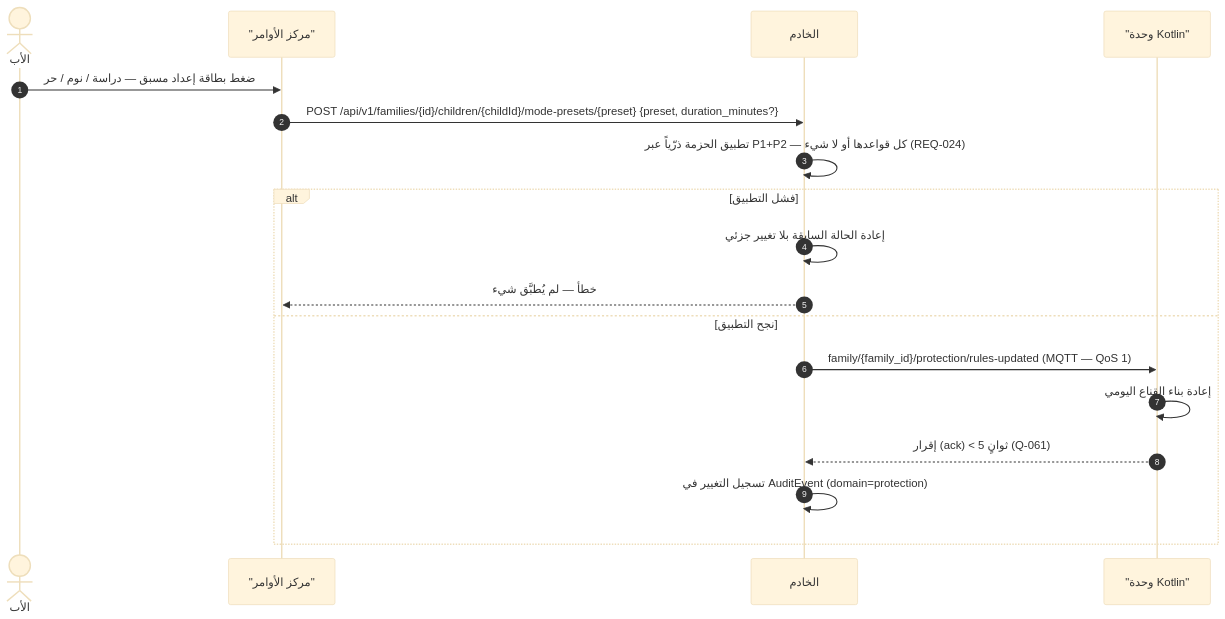
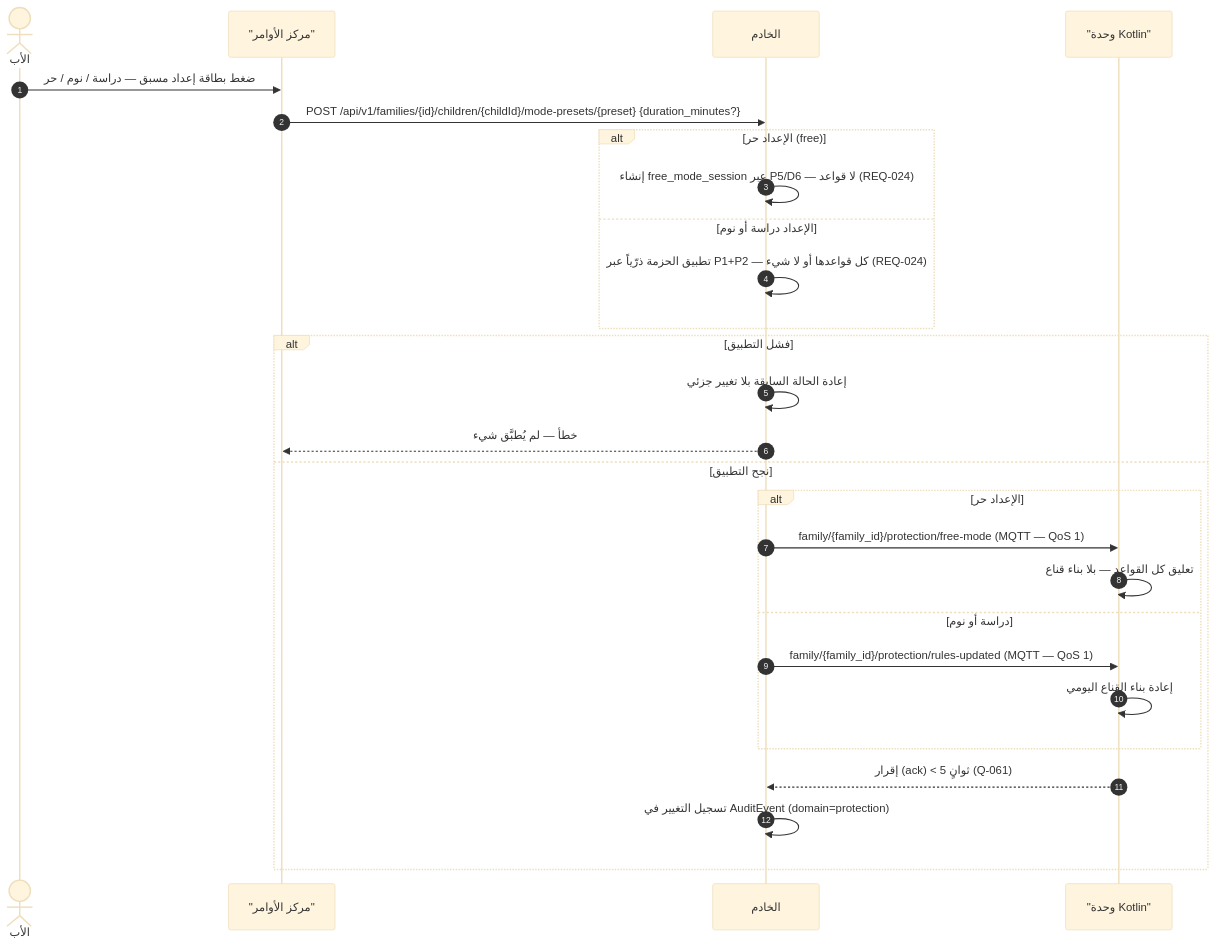
One commit to Bassam-mohammed-alqaeadi/family-os-v2 changed diagram 11 of 14 in docs/family-os/governance/phases/phase-1/S1-10-protection-and-enforcement/DIAGRAMS.md. Above: the diagram before and after it, drawn with Mermaid (base theme). The commit also changed other lines of this file and 3 other files, not shown here.

````diff
--- a/docs/family-os/governance/phases/phase-1/S1-10-protection-and-enforcement/DIAGRAMS.md
+++ b/docs/family-os/governance/phases/phase-1/S1-10-protection-and-enforcement/DIAGRAMS.md
@@ -437,20 +437,29 @@
 ```mermaid
 sequenceDiagram
     autonumber
     actor Father as الأب
     participant S109 as "مركز الأوامر"
     participant Ktor as الخادم
     participant K as "وحدة Kotlin"
     Father->>S109: ضغط بطاقة إعداد مسبق — دراسة / نوم / حر
-    S109->>Ktor: POST /api/v1/families/{id}/children/{childId}/mode-presets/{preset} {preset, duration_minutes?}
-    Ktor->>Ktor: تطبيق الحزمة ذرّياً عبر P1+P2 — كل قواعدها أو لا شيء (REQ-024)
+    S109->>Ktor: POST /api/v1/families/{id}/children/{childId}/mode-presets/{preset} {duration_minutes?}
+    alt الإعداد حر (free)
+        Ktor->>Ktor: إنشاء free_mode_session عبر P5/D6 — لا قواعد (REQ-024)
+    else الإعداد دراسة أو نوم
+        Ktor->>Ktor: تطبيق الحزمة ذرّياً عبر P1+P2 — كل قواعدها أو لا شيء (REQ-024)
+    end
     alt فشل التطبيق
         Ktor->>Ktor: إعادة الحالة السابقة بلا تغيير جزئي
         Ktor-->>S109: خطأ — لم يُطبَّق شيء
     else نجح التطبيق
-        Ktor->>K: family/{family_id}/protection/rules-updated (MQTT — QoS 1)
-        K->>K: إعادة بناء القناع اليومي
+        alt الإعداد حر
+            Ktor->>K: family/{family_id}/protection/free-mode (MQTT — QoS 1)
+            K->>K: تعليق كل القواعد — بلا بناء قناع
+        else دراسة أو نوم
+            Ktor->>K: family/{family_id}/protection/rules-updated (MQTT — QoS 1)
+            K->>K: إعادة بناء القناع اليومي
+        end
         K-->>Ktor: إقرار (ack) < 5 ثوانٍ (Q-061)
         Ktor->>Ktor: تسجيل التغيير في AuditEvent (domain=protection)
     end
 ```
````
